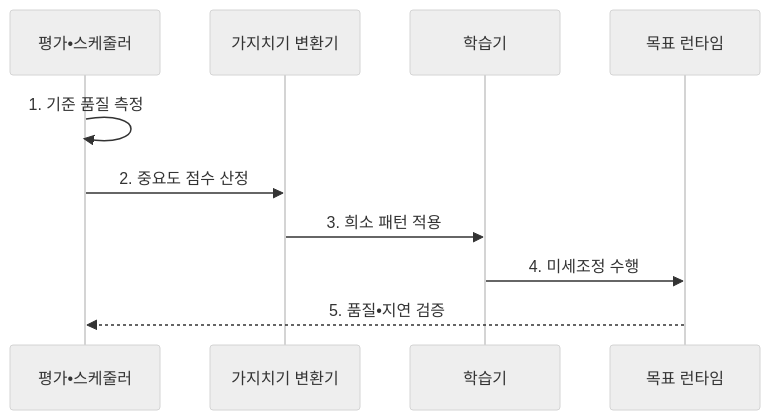
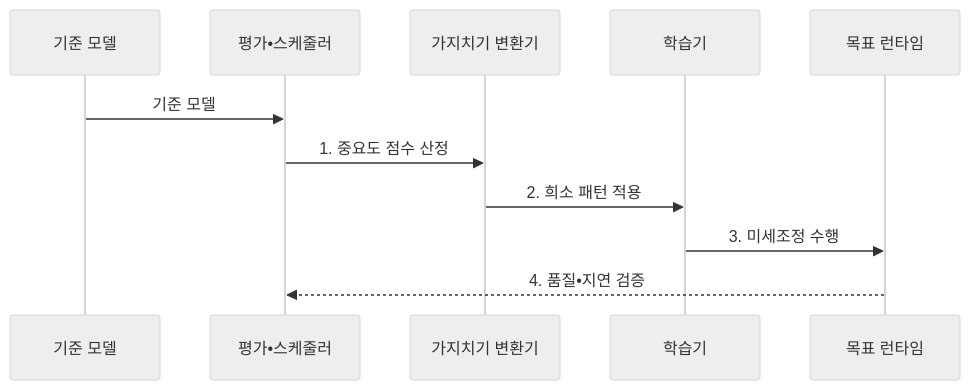
One commit to agnusdei1207/knowledge-base changed the second of 2 diagrams in src/content/docs/notes/08-latest-tech/055_model_pruning.md. Above: the diagram before and after it, drawn with Mermaid (neutral theme). The commit also changed other lines of this file and 20 other files, not shown here.

````diff
--- a/src/content/docs/notes/08-latest-tech/055_model_pruning.md
+++ b/src/content/docs/notes/08-latest-tech/055_model_pruning.md
@@ -107,12 +107,13 @@
 ```mermaid
 sequenceDiagram
+    participant B as 기준 모델
     participant E as 평가•스케줄러
     participant P as 가지치기 변환기
     participant T as 학습기
     participant R as 목표 런타임
-    E->>E: 1. 기준 품질 측정
-    E->>P: 2. 중요도 점수 산정
-    P->>T: 3. 희소 패턴 적용
-    T->>R: 4. 미세조정 수행
-    R-->>E: 5. 품질•지연 검증
+    B->>E: 기준 모델
+    E->>P: 1. 중요도 점수 산정
+    P->>T: 2. 희소 패턴 적용
+    T->>R: 3. 미세조정 수행
+    R-->>E: 4. 품질•지연 검증
 ```
````
